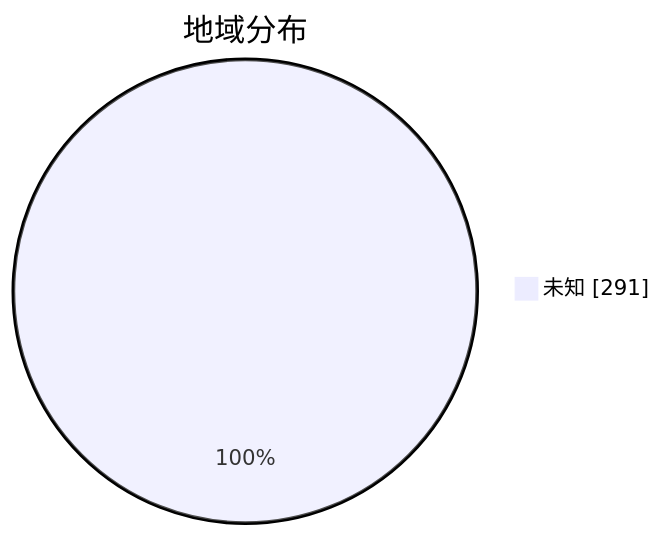
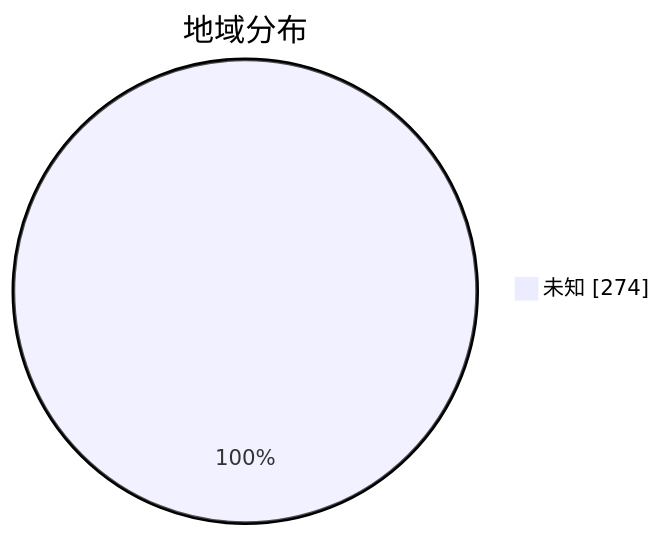
One commit to qjlxg/airport changed the second of 3 diagrams in subs/statistics/tested_within.md. Above: the diagram before and after it, drawn with Mermaid. The commit also changed other lines of this file and 2 other files, not shown here.

````diff
--- a/subs/statistics/tested_within.md
+++ b/subs/statistics/tested_within.md
@@ -13,5 +13,5 @@
 ```mermaid
 pie showData
 title 地域分布
-"未知" : 291
+"未知" : 274
 ```
````
